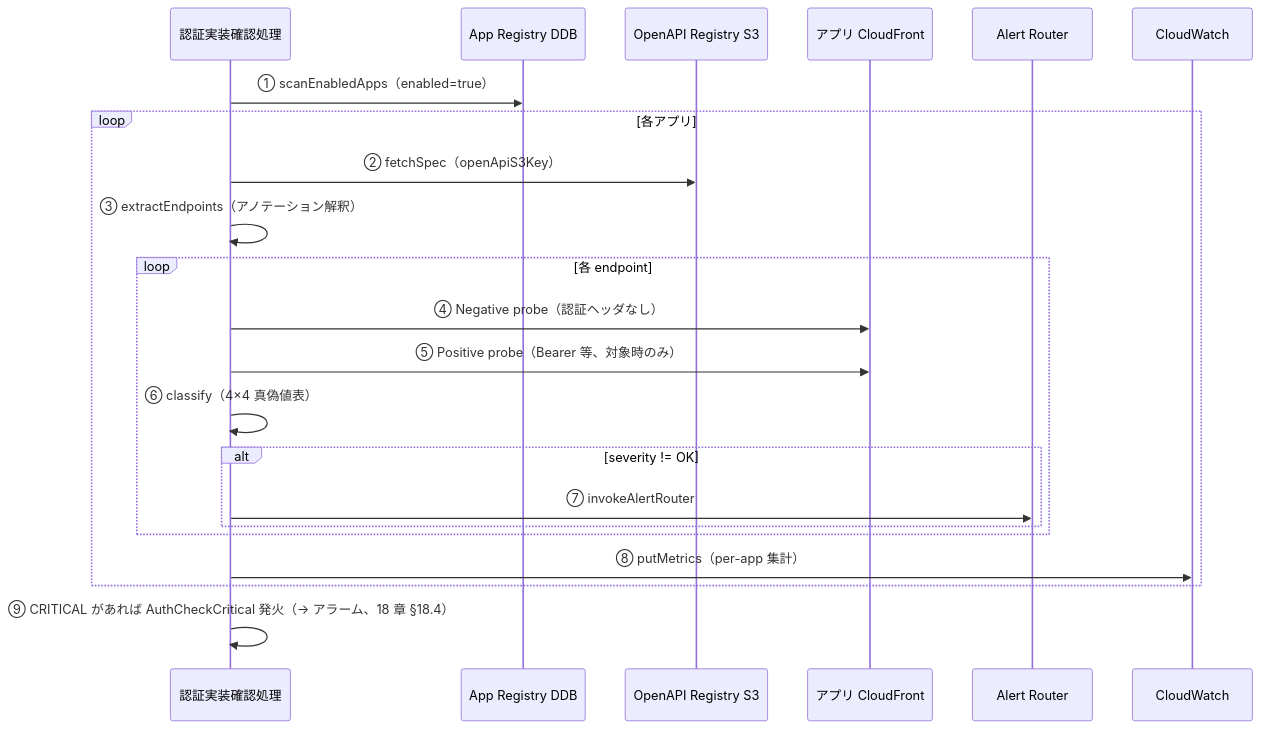
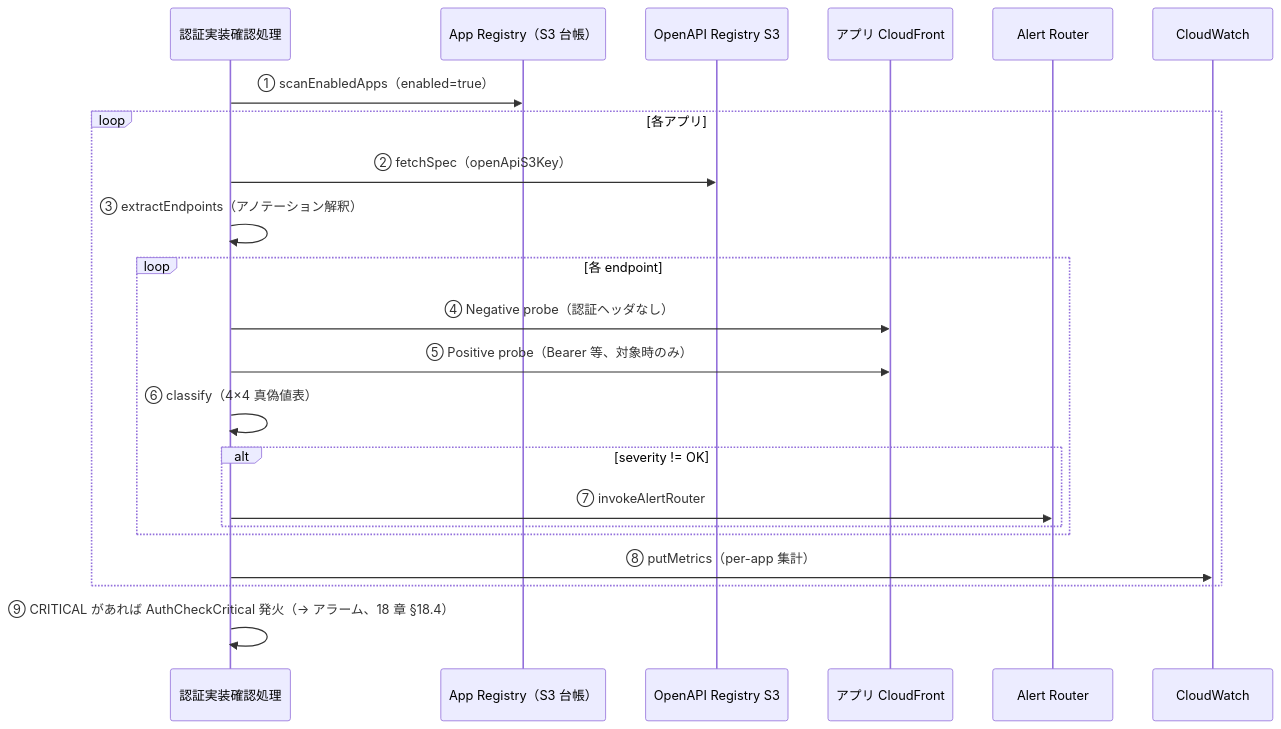
Before and after one commit to suepie/aws-atuh-poc: the diagram in doc/api-platform/basic-design/11-central-probe-architecture.md, drawn with Mermaid. The commit also changed 15 other files, not shown here.

````diff
--- a/doc/api-platform/basic-design/11-central-probe-architecture.md
+++ b/doc/api-platform/basic-design/11-central-probe-architecture.md
@@ -21,25 +21,25 @@
 ```mermaid
 sequenceDiagram
     participant CC as 認証実装確認処理
-    participant Reg as App Registry DDB
+    participant Reg as App Registry（S3 台帳）
     participant OAR as OpenAPI Registry S3
     participant CF as アプリ CloudFront
     participant AR as Alert Router
     participant CW as CloudWatch
 
     CC->>Reg: ① scanEnabledApps（enabled=true）
     loop 各アプリ
         CC->>OAR: ② fetchSpec（openApiS3Key）
         CC->>CC: ③ extractEndpoints（アノテーション解釈）
         loop 各 endpoint
             CC->>CF: ④ Negative probe（認証ヘッダなし）
             CC->>CF: ⑤ Positive probe（Bearer 等、対象時のみ）
             CC->>CC: ⑥ classify（4×4 真偽値表）
             alt severity != OK
                 CC->>AR: ⑦ invokeAlertRouter
             end
         end
         CC->>CW: ⑧ putMetrics（per-app 集計）
     end
     CC->>CC: ⑨ CRITICAL があれば AuthCheckCritical 発火（→ アラーム、18 章 §18.4）
 ```
````
